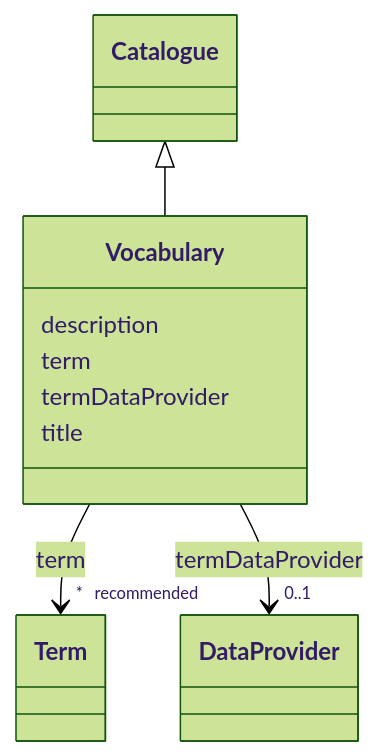
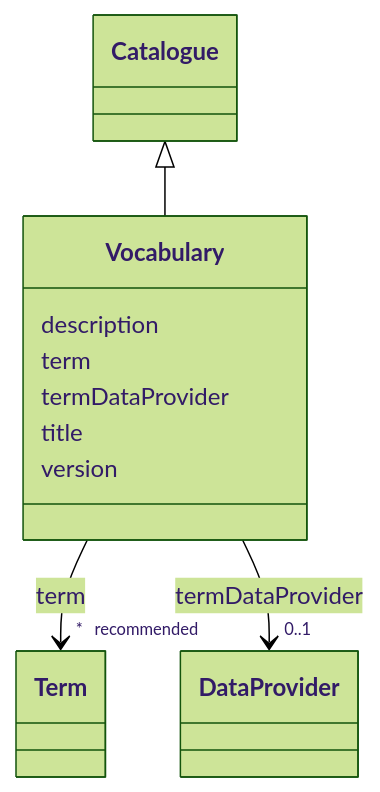
Before and after one commit to EVORA-project/evora-ontology: the diagram in models/docs/Vocabulary.md, drawn with Mermaid (forest theme). The commit also changed other lines of this file and 650 other files, not shown here.

````diff
--- a/models/docs/Vocabulary.md
+++ b/models/docs/Vocabulary.md
@@ -19,31 +19,33 @@
 ```mermaid
  classDiagram
     class Vocabulary
     click Vocabulary href "../Vocabulary"
       Catalogue <|-- Vocabulary
         click Catalogue href "../Catalogue"
       
       Vocabulary : description
         
       Vocabulary : term
         
           
     
     
     Vocabulary --> "* _recommended_" Term : term
     click Term href "../Term"
 
         
       Vocabulary : termDataProvider
         
           
     
     
     Vocabulary --> "0..1" DataProvider : termDataProvider
     click DataProvider href "../DataProvider"
 
         
       Vocabulary : title
         
+      Vocabulary : version
+        
       
 ```
````
